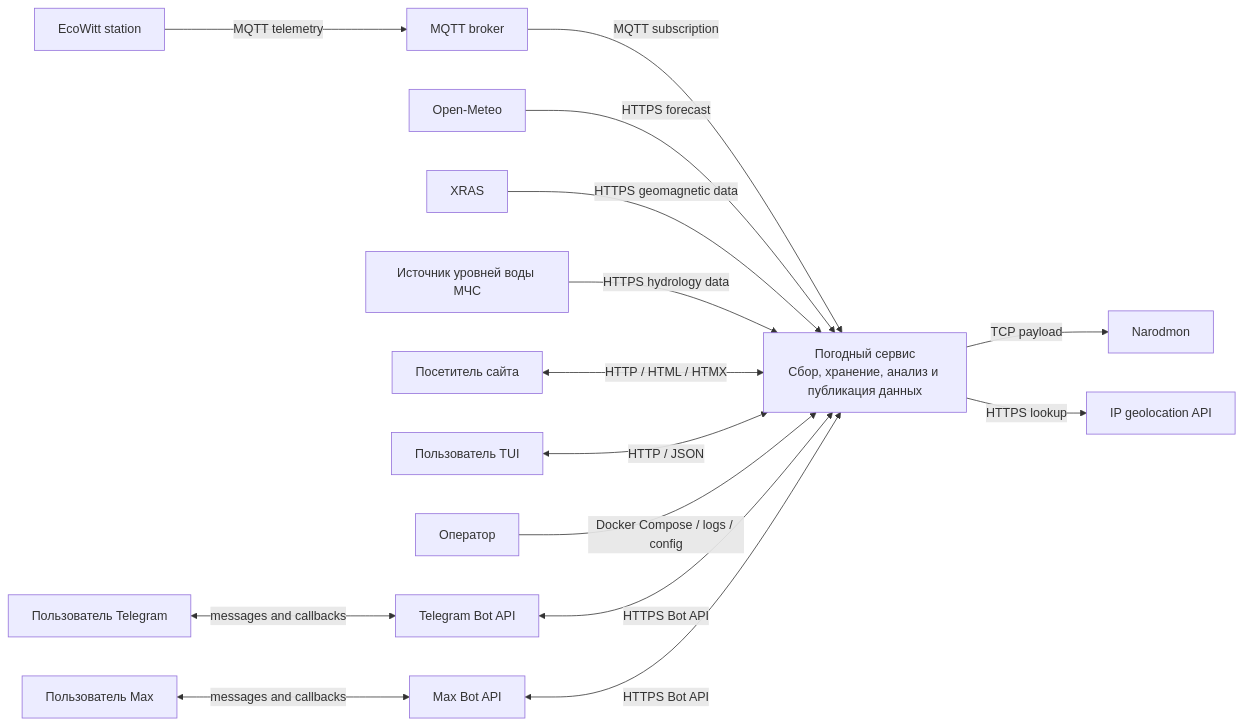
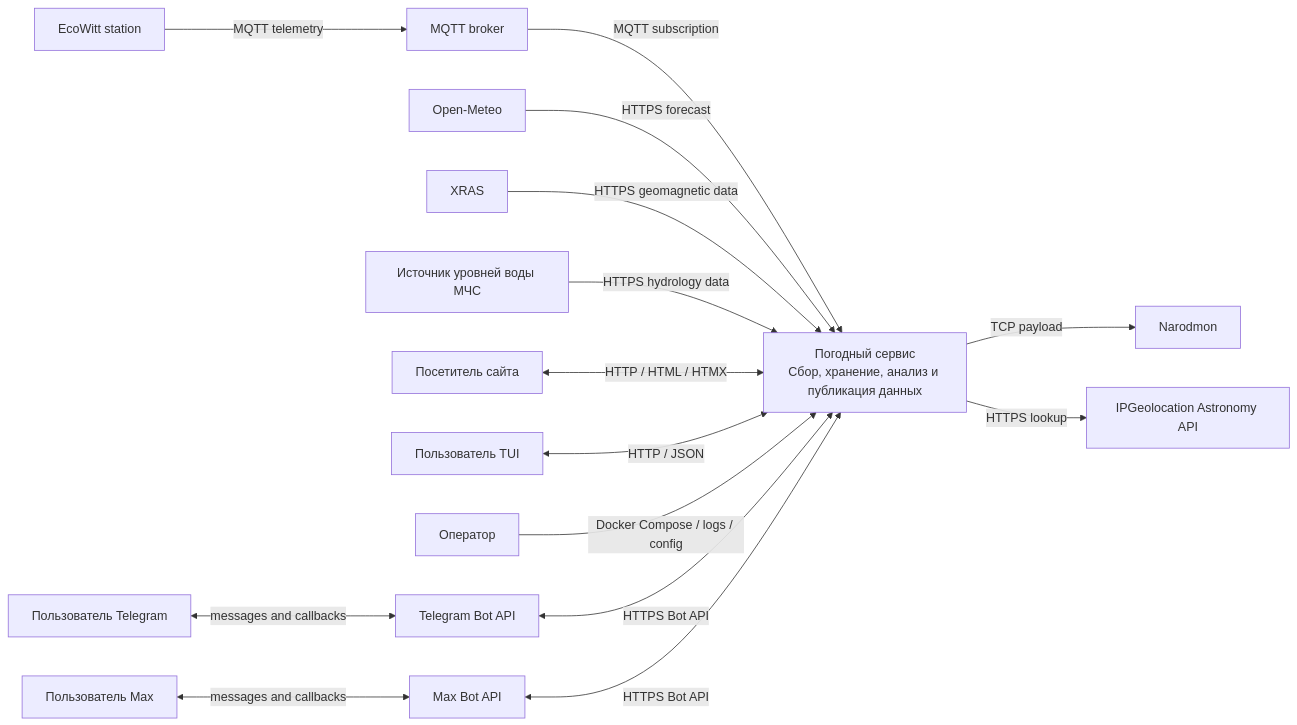
The diagram in docs/architecture/01-system-context.md (iRootPro/weather), drawn with Mermaid before and after one commit. The commit also changed other lines of this file and 3 other files, not shown here.

````diff
--- a/docs/architecture/01-system-context.md
+++ b/docs/architecture/01-system-context.md
@@ -14,37 +14,37 @@
 ```mermaid
 flowchart LR
     station["EcoWitt station"]
     broker["MQTT broker"]
     visitor["Посетитель сайта"]
     telegram_user["Пользователь Telegram"]
     max_user["Пользователь Max"]
     operator["Оператор"]
     tui_user["Пользователь TUI"]
 
     weather["Погодный сервис\nСбор, хранение, анализ и публикация данных"]
 
     openmeteo["Open-Meteo"]
     xras["XRAS"]
     emercit["Источник уровней воды МЧС"]
     narodmon["Narodmon"]
     telegram_api["Telegram Bot API"]
     max_api["Max Bot API"]
-    geo_api["IP geolocation API"]
+    geo_api["IPGeolocation Astronomy API"]
 
     station -->|"MQTT telemetry"| broker
     broker -->|"MQTT subscription"| weather
     openmeteo -->|"HTTPS forecast"| weather
     xras -->|"HTTPS geomagnetic data"| weather
     emercit -->|"HTTPS hydrology data"| weather
     weather -->|"TCP payload"| narodmon
 
     visitor <-->|"HTTP / HTML / HTMX"| weather
     tui_user <-->|"HTTP / JSON"| weather
     operator -->|"Docker Compose / logs / config"| weather
 
     telegram_user <-->|"messages and callbacks"| telegram_api
     telegram_api <-->|"HTTPS Bot API"| weather
     max_user <-->|"messages and callbacks"| max_api
     max_api <-->|"HTTPS Bot API"| weather
     weather -->|"HTTPS lookup"| geo_api
 ```
````
